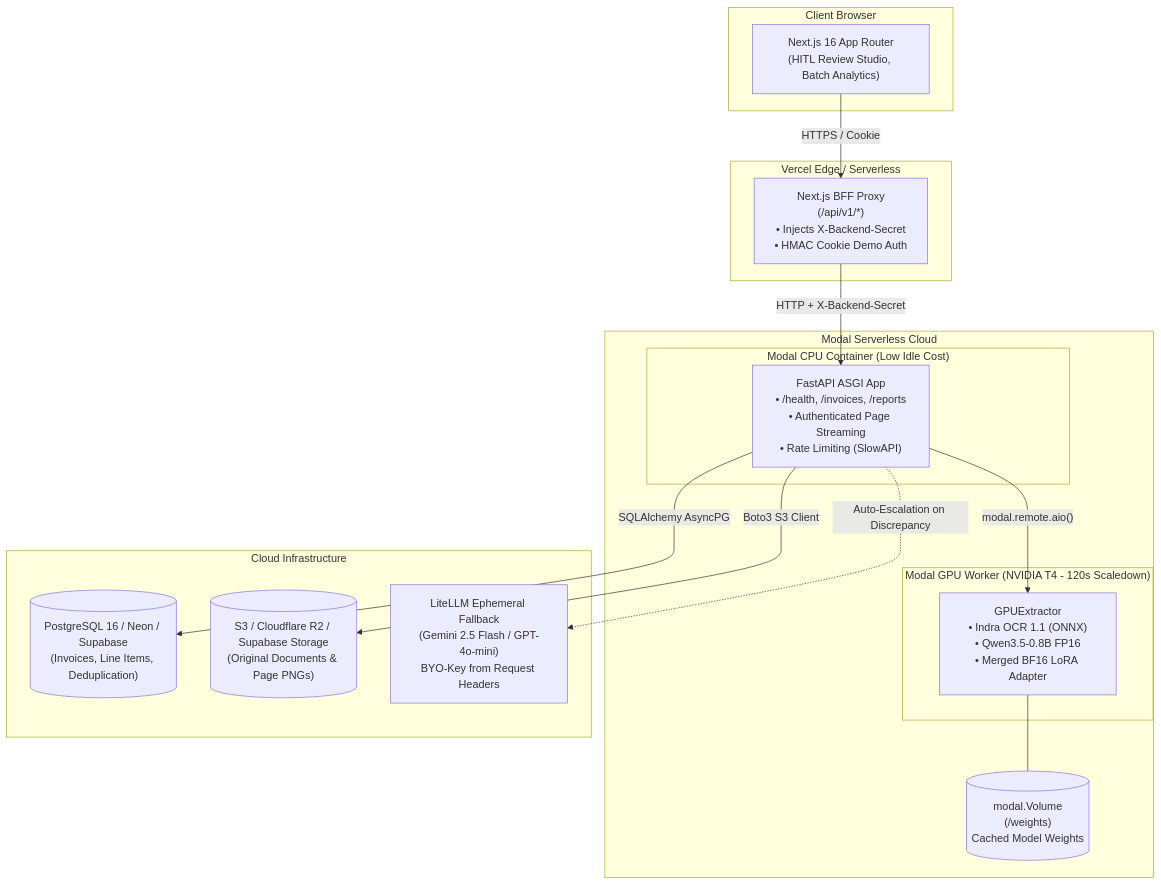
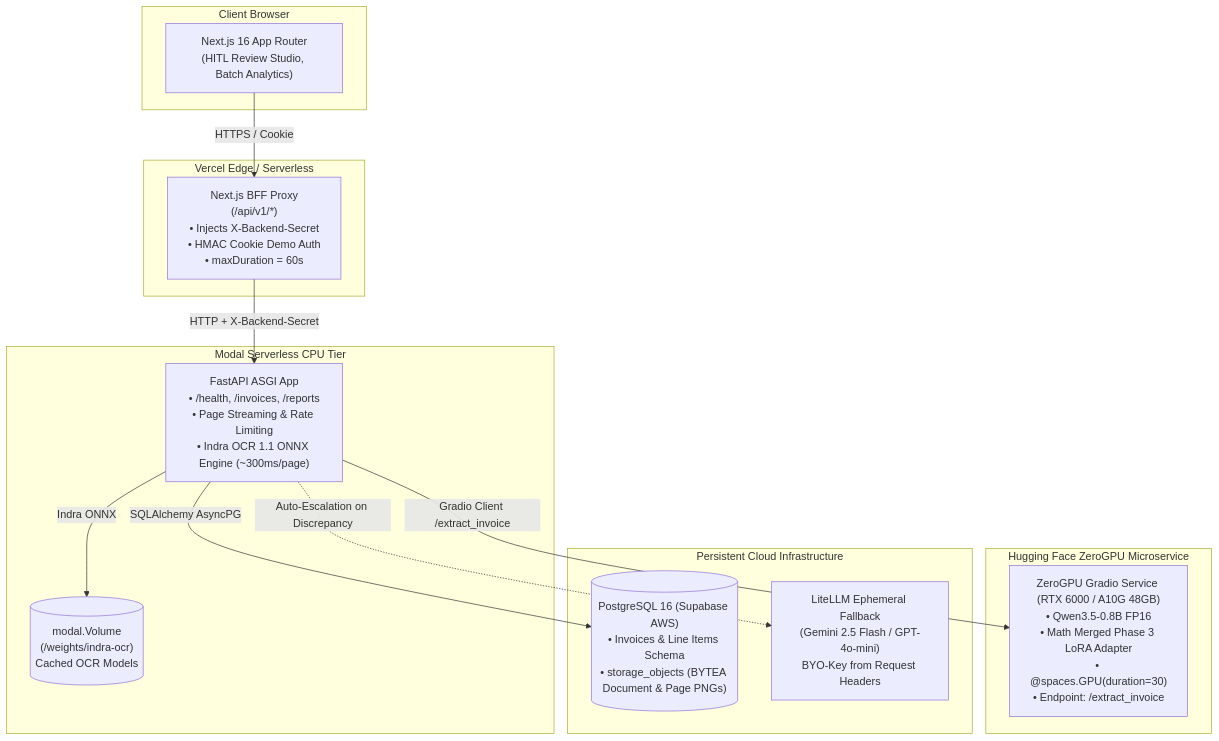
The diagram in README.md (Gsoumyajit2005/invoice-processor-ml), drawn with Mermaid before and after one commit. The commit also changed other lines of this file and 5 other files, not shown here.

Commit message:
docs: add comprehensive production deployment specifications and update system architecture

````diff
--- a/README.md
+++ b/README.md
@@ -35,36 +35,31 @@
 ```mermaid
 flowchart TD
     subgraph Client ["Client Browser"]
         UI["Next.js 16 App Router\n(HITL Review Studio, Batch Analytics)"]
     end
 
     subgraph Vercel ["Vercel Edge / Serverless"]
-        BFF["Next.js BFF Proxy\n(/api/v1/*)\n• Injects X-Backend-Secret\n• HMAC Cookie Demo Auth"]
+        BFF["Next.js BFF Proxy\n(/api/v1/*)\n• Injects X-Backend-Secret\n• HMAC Cookie Demo Auth\n• maxDuration = 60s"]
     end
 
-    subgraph Modal ["Modal Serverless Cloud"]
-        subgraph CPU_Tier ["Modal CPU Container (Low Idle Cost)"]
-            FastAPI["FastAPI ASGI App\n• /health, /invoices, /reports\n• Authenticated Page Streaming\n• Rate Limiting (SlowAPI)"]
-        end
-
-        subgraph GPU_Tier ["Modal GPU Worker (NVIDIA T4 - 120s Scaledown)"]
-            Worker["GPUExtractor\n• Indra OCR 1.1 (ONNX)\n• Qwen3.5-0.8B FP16\n• Merged BF16 LoRA Adapter"]
-        end
-
-        Volume[("modal.Volume\n(/weights)\nCached Model Weights")]
+    subgraph Modal ["Modal Serverless CPU Tier"]
+        FastAPI["FastAPI ASGI App\n• /health, /invoices, /reports\n• Page Streaming & Rate Limiting\n• Indra OCR 1.1 ONNX Engine (~300ms/page)"]
+        Volume[("modal.Volume\n(/weights/indra-ocr)\nCached OCR Models")]
     end
 
-    subgraph Storage ["Cloud Infrastructure"]
-        DB[("PostgreSQL 16 / Neon / Supabase\n(Invoices, Line Items, Deduplication)")]
-        S3[("S3 / Cloudflare R2 / Supabase Storage\n(Original Documents & Page PNGs)")]
+    subgraph HF ["Hugging Face ZeroGPU Microservice"]
+        ZeroGPU["ZeroGPU Gradio Service (RTX 6000 / A10G 48GB)\n• Qwen3.5-0.8B FP16\n• Math Merged Phase 3 LoRA Adapter\n• @spaces.GPU(duration=30)\n• Endpoint: /extract_invoice"]
+    end
+
+    subgraph Storage ["Persistent Cloud Infrastructure"]
+        DB[("PostgreSQL 16 (Supabase AWS)\n• Invoices & Line Items Schema\n• storage_objects (BYTEA Document & Page PNGs)")]
         CloudVLM["LiteLLM Ephemeral Fallback\n(Gemini 2.5 Flash / GPT-4o-mini)\nBYO-Key from Request Headers"]
     end
 
     UI -->|"HTTPS / Cookie"| BFF
     BFF -->|"HTTP + X-Backend-Secret"| FastAPI
-    FastAPI -->|"modal.remote.aio()"| Worker
-    Worker --- Volume
+    FastAPI -->|"Indra ONNX"| Volume
+    FastAPI -->|"Gradio Client /extract_invoice"| ZeroGPU
     FastAPI -->|"SQLAlchemy AsyncPG"| DB
-    FastAPI -->|"Boto3 S3 Client"| S3
     FastAPI -.->|"Auto-Escalation on Discrepancy"| CloudVLM
 ```
````
